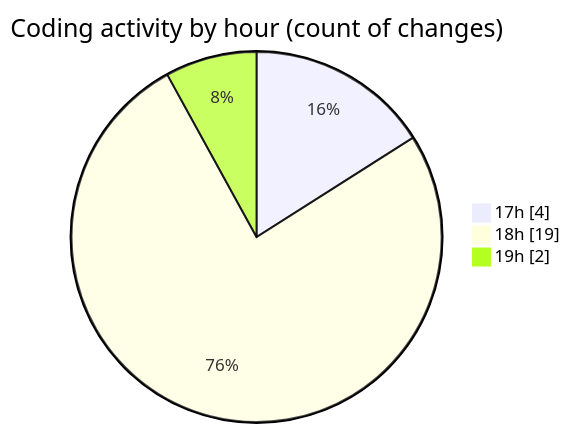
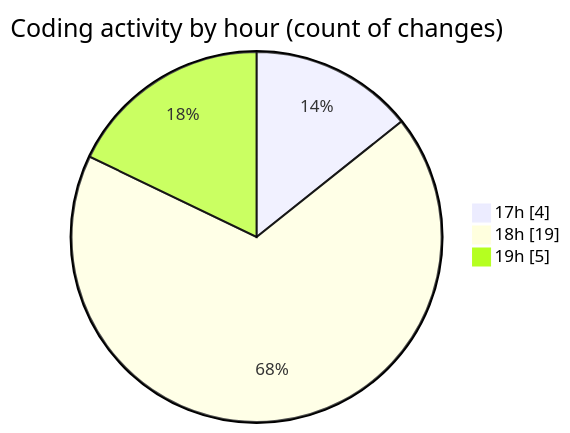
Before and after one commit to MatusMokan/code-tracking: the second of 2 diagrams in 2025-03-18/myws__workspace_/README.md, drawn with Mermaid. The commit also changed other lines of this file and 1 other file, not shown here.

````diff
--- a/2025-03-18/myws__workspace_/README.md
+++ b/2025-03-18/myws__workspace_/README.md
@@ -30,7 +30,7 @@
 ```mermaid
 pie showData
 title Coding activity by hour (count of changes)
 "17h" : 4
 "18h" : 19
-"19h" : 2
+"19h" : 5
 ```
````
